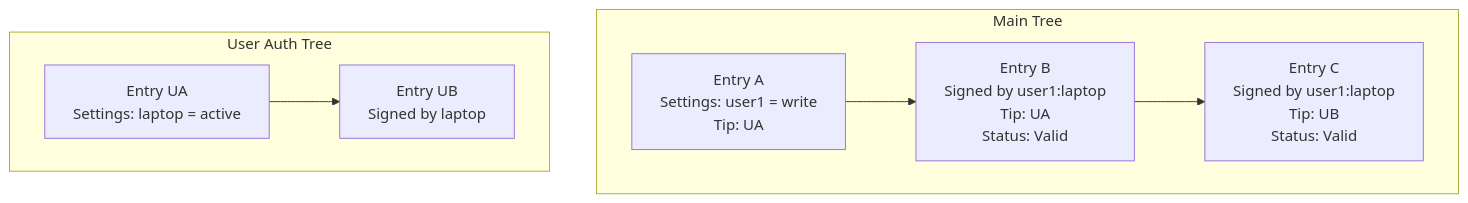
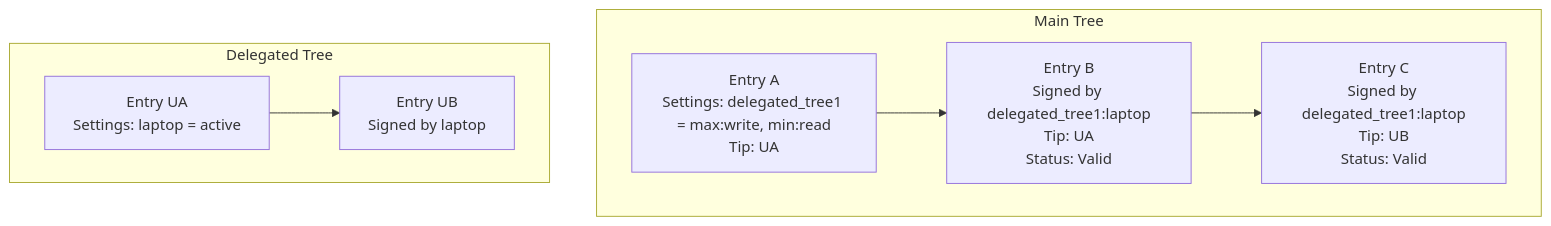
Before and after one commit to arcuru/eidetica: the fourth of 7 diagrams in docs/src/design/authentication.md, drawn with Mermaid. The commit also changed other lines of this file and 7 other files, not shown here.

````diff
--- a/docs/src/design/authentication.md
+++ b/docs/src/design/authentication.md
@@ -481,17 +446,17 @@
 ```mermaid
 graph TD
     subgraph "Main Tree"
-        A["Entry A<br/>Settings: user1 = write<br/>Tip: UA"]
-        B["Entry B<br/>Signed by user1:laptop<br/>Tip: UA<br/>Status: Valid"]
-        C["Entry C<br/>Signed by user1:laptop<br/>Tip: UB<br/>Status: Valid"]
+        A["Entry A<br/>Settings: delegated_tree1 = max:write, min:read<br/>Tip: UA"]
+        B["Entry B<br/>Signed by delegated_tree1:laptop<br/>Tip: UA<br/>Status: Valid"]
+        C["Entry C<br/>Signed by delegated_tree1:laptop<br/>Tip: UB<br/>Status: Valid"]
     end
 
-    subgraph "User Auth Tree"
+    subgraph "Delegated Tree"
         UA["Entry UA<br/>Settings: laptop = active"]
         UB["Entry UB<br/>Signed by laptop"]
     end
 
     A --> B
     B --> C
     UA --> UB
 ```
````
